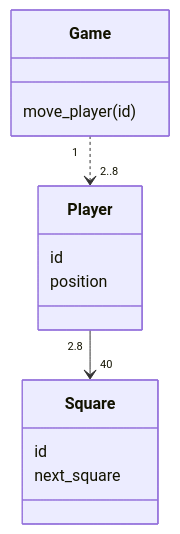
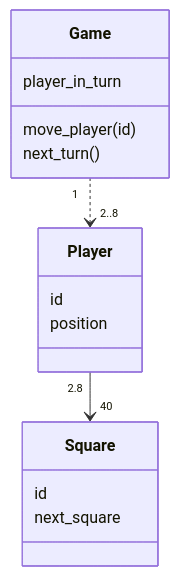
Before and after one commit to Gaberol/ot-harjoitustyo: the diagram in laskarit/viikko3/monopoli.md, drawn with Mermaid.

````diff
--- a/laskarit/viikko3/monopoli.md
+++ b/laskarit/viikko3/monopoli.md
@@ -1,16 +1,18 @@
 ```mermaid
  classDiagram
  Game "1" ..> "2..8" Player
  Player "2.8" --> "40" Square
  class Game{
+     player_in_turn
      move_player(id)
+     next_turn()
  }
  class Player{
      id
      position
  }
  class Square{
      id
      next_square
  }
 ```
````
